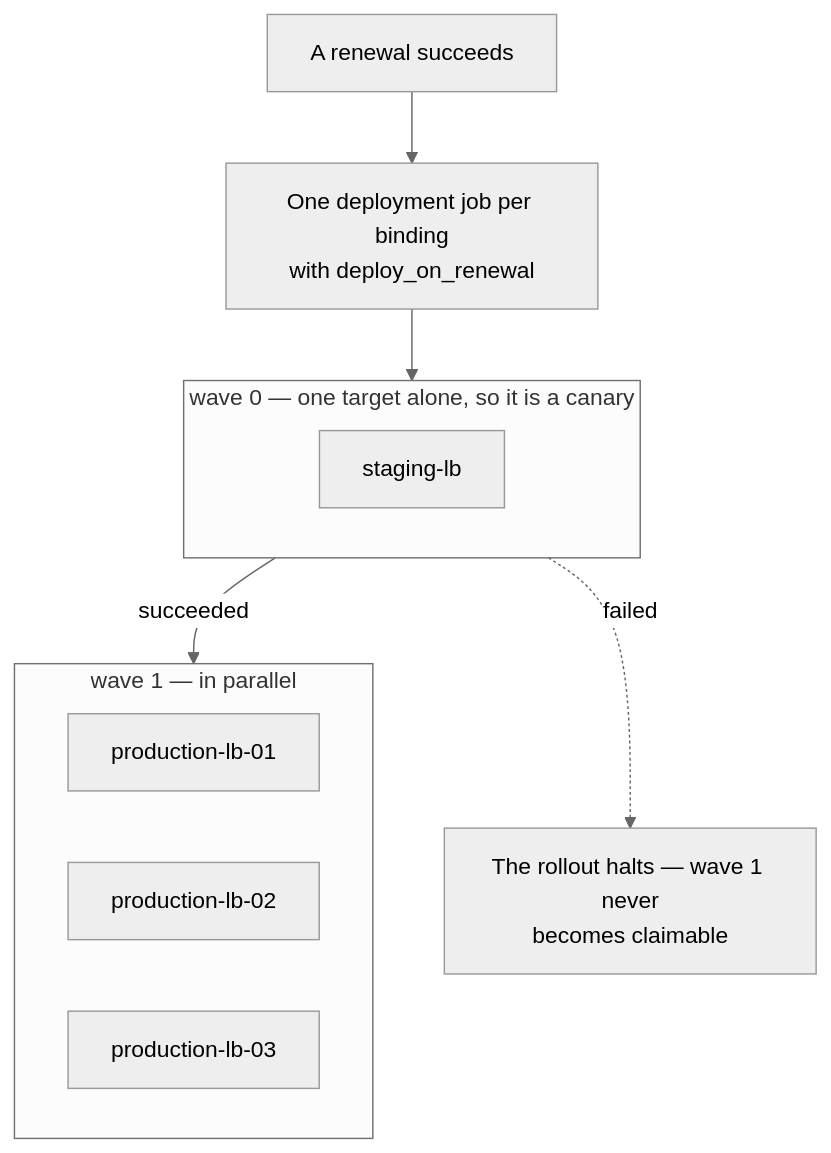
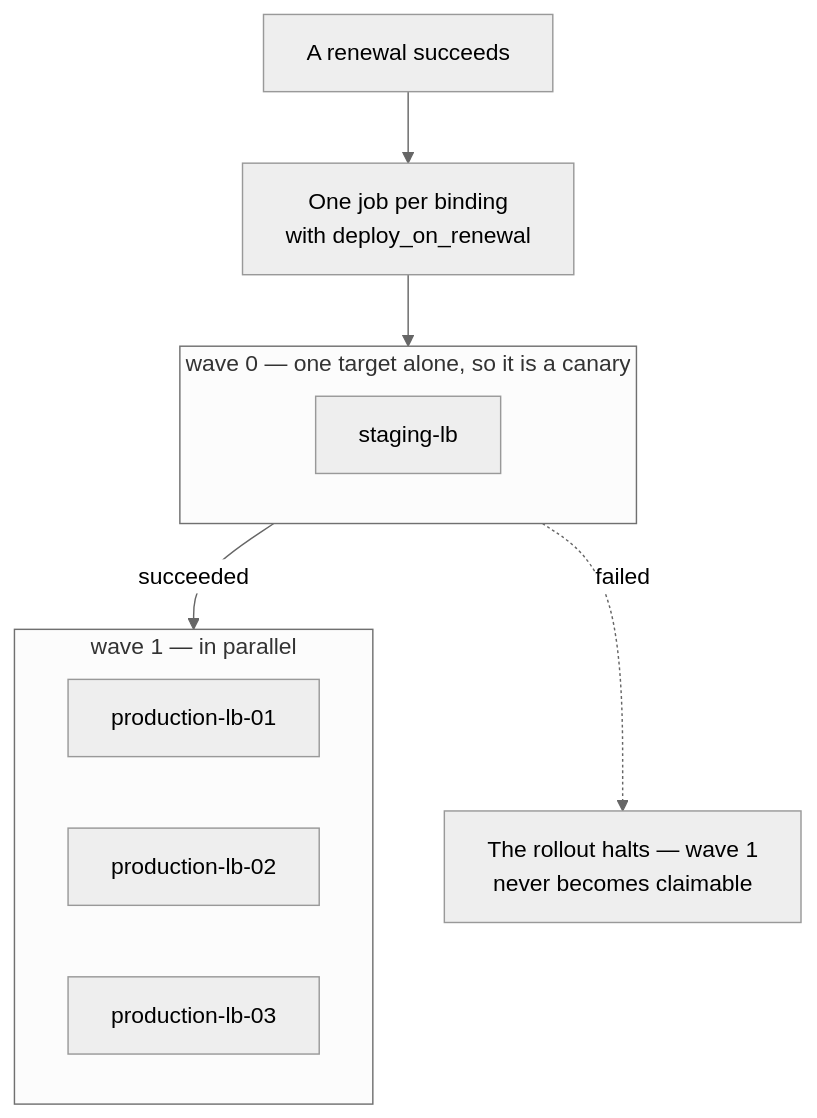
The diagram in docs/deployment.md (mervin008/pki_project), drawn with Mermaid (neutral theme) before and after one commit. The commit also changed 1 other file, not shown here.

````diff
--- a/docs/deployment.md
+++ b/docs/deployment.md
@@ -205,18 +205,18 @@
 ```mermaid
 flowchart TB
-    R["A renewal succeeds"] --> Q["One deployment job per binding<br/>with deploy_on_renewal"]
+    R["A renewal succeeds"] --> Q["One job per binding<br/>with deploy_on_renewal"]
     Q --> W0
 
     subgraph W0["wave 0 — one target alone, so it is a canary"]
         S["staging-lb"]
     end
 
     subgraph W1["wave 1 — in parallel"]
         P1["production-lb-01"]
         P2["production-lb-02"]
         P3["production-lb-03"]
     end
 
     W0 -->|"succeeded"| W1
-    W0 -.->|"failed"| H["The rollout halts — wave 1 never<br/>becomes claimable"]
+    W0 -.->|"failed"| H["The rollout halts — wave 1<br/>never becomes claimable"]
 ```
````
